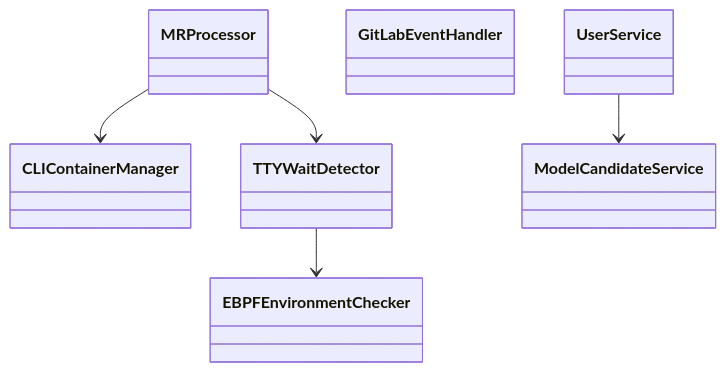
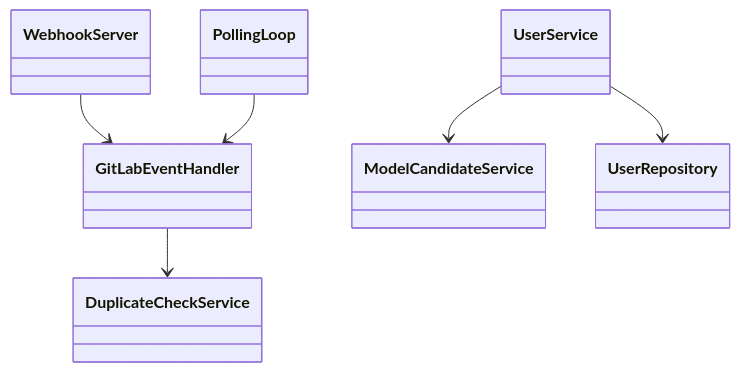
Diagram 12 of 14 in docs/detail_design.md (notfolder/CodingAgentAutomata), drawn with Mermaid before and after one commit. The commit also changed other lines of this file and 15 other files, not shown here.

````diff
--- a/docs/detail_design.md
+++ b/docs/detail_design.md
@@ -310,15 +780,15 @@
 ```mermaid
 classDiagram
-  class MRProcessor
-  class CLIContainerManager
-  class TTYWaitDetector
-  class EBPFEnvironmentChecker
+  class WebhookServer
+  class PollingLoop
   class GitLabEventHandler
+  class DuplicateCheckService
   class UserService
   class ModelCandidateService
-
-  MRProcessor --> CLIContainerManager
-  MRProcessor --> TTYWaitDetector
-  TTYWaitDetector --> EBPFEnvironmentChecker
+  class UserRepository
+  WebhookServer --> GitLabEventHandler
+  PollingLoop --> GitLabEventHandler
+  GitLabEventHandler --> DuplicateCheckService
+  UserService --> UserRepository
   UserService --> ModelCandidateService
 ```
````
